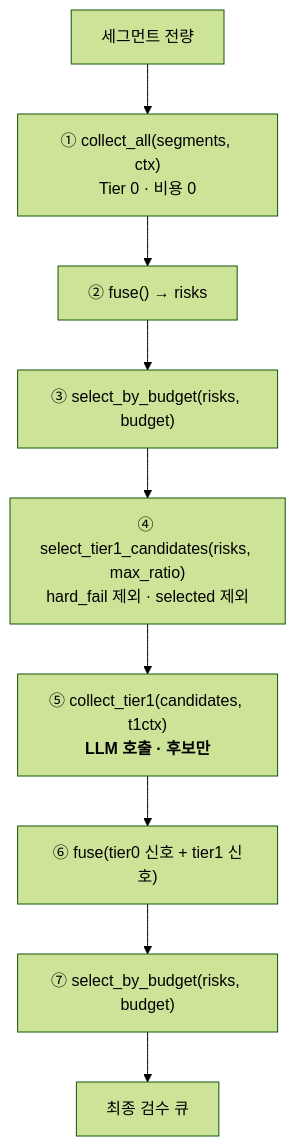
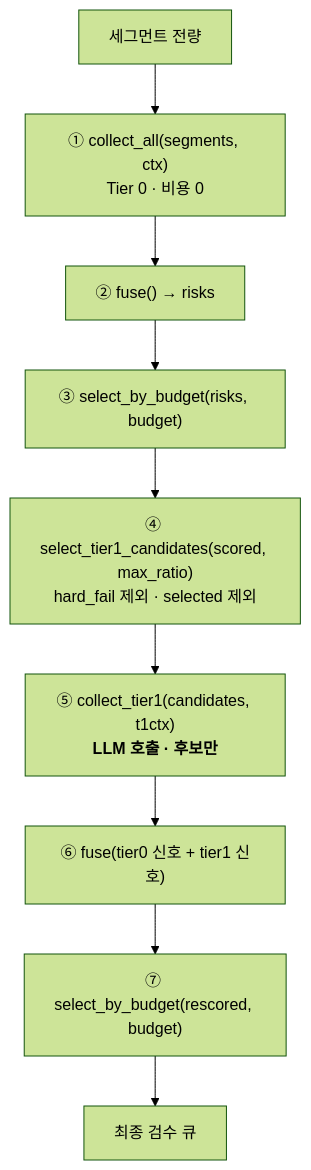
The second of 2 diagrams in docs/superpowers/specs/2026-08-17-tier1-signals-design.md (withwooyong/cuesift), drawn with Mermaid (forest theme) before and after one commit. The commit also changed other lines of this file and 3 other files, not shown here.

````diff
--- a/docs/superpowers/specs/2026-08-17-tier1-signals-design.md
+++ b/docs/superpowers/specs/2026-08-17-tier1-signals-design.md
@@ -312,11 +312,11 @@
 ```mermaid
 flowchart TD
     A["세그먼트 전량"] --> B["① collect_all(segments, ctx)<br/>Tier 0 · 비용 0"]
     B --> C["② fuse() → risks"]
     C --> D["③ select_by_budget(risks, budget)"]
-    D --> E["④ select_tier1_candidates(risks, max_ratio)<br/>hard_fail 제외 · selected 제외"]
+    D --> E["④ select_tier1_candidates(scored, max_ratio)<br/>hard_fail 제외 · selected 제외"]
     E --> F["⑤ collect_tier1(candidates, t1ctx)<br/><b>LLM 호출 · 후보만</b>"]
     F --> G["⑥ fuse(tier0 신호 + tier1 신호)"]
-    G --> H["⑦ select_by_budget(risks, budget)"]
+    G --> H["⑦ select_by_budget(rescored, budget)"]
     H --> I["최종 검수 큐"]
 ```
````
